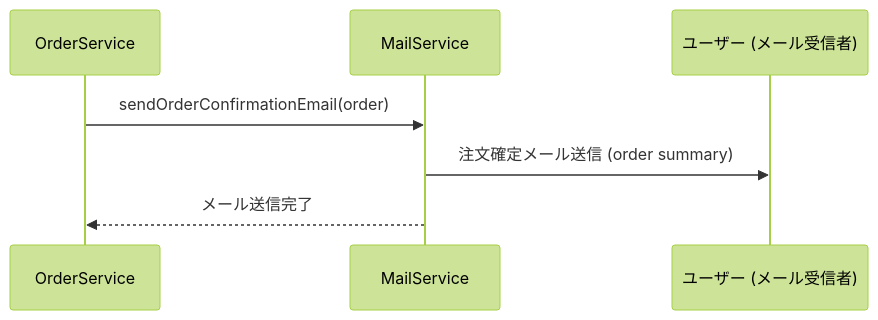
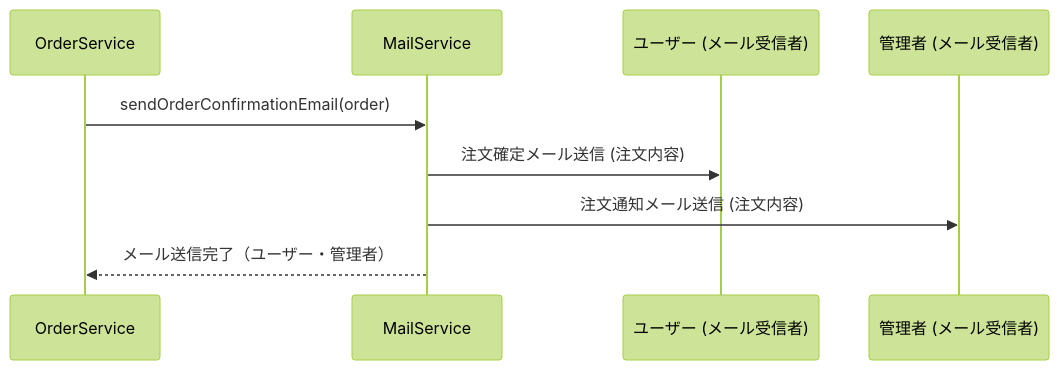
One commit to shogomaeda758/Bacon changed the seventh of 7 diagrams in 詳細設計/3_sequence.md. Above: the diagram before and after it, drawn with Mermaid (forest theme). The commit also changed other lines of this file, not shown here.

Commit message:
シーケンス図変更ver.4

```diff
--- a/詳細設計/3_sequence.md
+++ b/詳細設計/3_sequence.md
@@ -420,10 +431,14 @@
 <div class="mermaid">
 sequenceDiagram
     participant OrderService
     participant MailService
     participant User as ユーザー (メール受信者)
+    participant Admin as 管理者 (メール受信者)
 
     OrderService->>MailService: sendOrderConfirmationEmail(order)
-    MailService->>User: 注文確定メール送信 (order summary)
-    MailService-->>OrderService: メール送信完了
+
+    MailService->>User: 注文確定メール送信 (注文内容)
+    MailService->>Admin: 注文通知メール送信 (注文内容)
+
+    MailService-->>OrderService: メール送信完了（ユーザー・管理者）
 </div>
```
